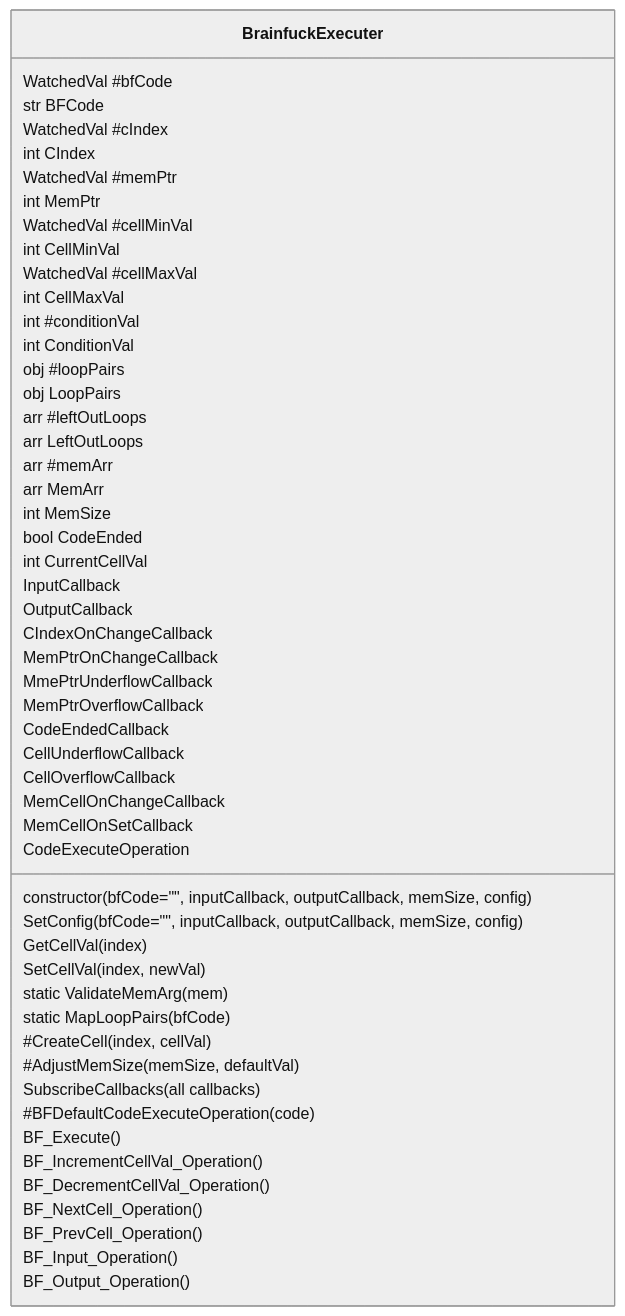
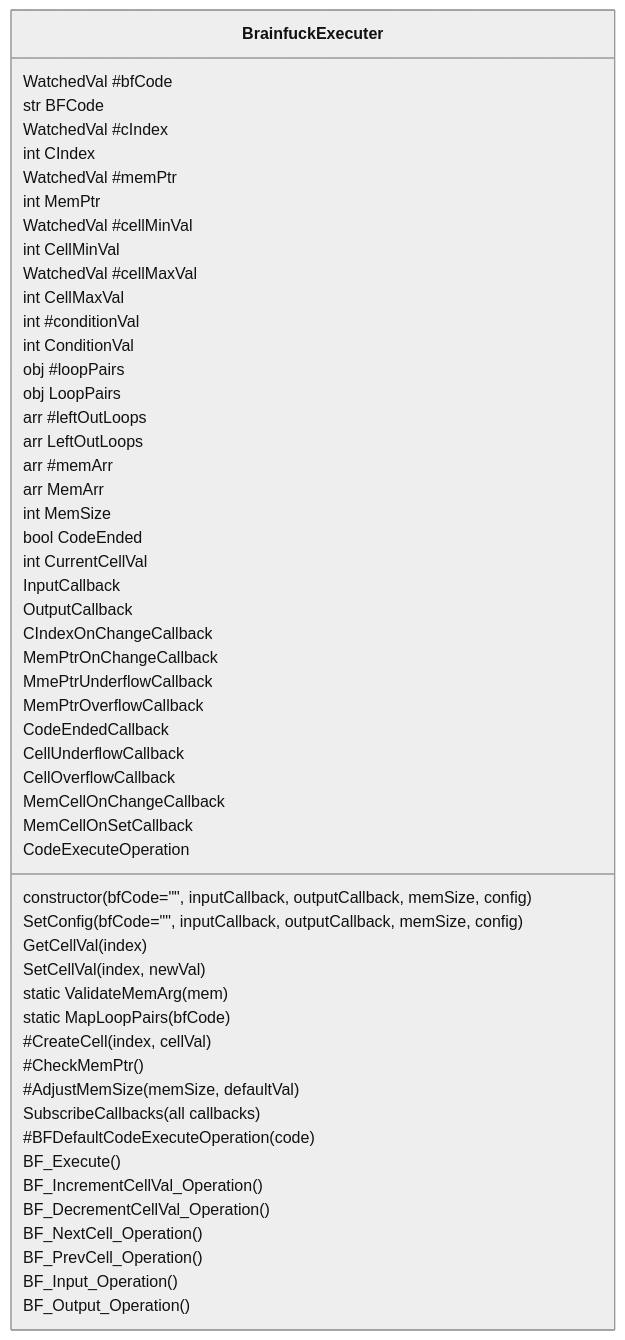
Before and after one commit to BCS21090011/BrainFucker: the first of 26 diagrams in src/Classes_Info/BrainfuckExecuter.md, drawn with Mermaid (neutral theme). The commit also changed other lines of this file and 1 other file, not shown here.

Commit message:
Separated and added MemPtr check.

````diff
--- a/src/Classes_Info/BrainfuckExecuter.md
+++ b/src/Classes_Info/BrainfuckExecuter.md
@@ -3,61 +3,62 @@
 ```mermaid
 classDiagram
 
 class BrainfuckExecuter {
     WatchedVal #bfCode
     str BFCode
     WatchedVal #cIndex
     int CIndex
     WatchedVal #memPtr
     int MemPtr
     WatchedVal #cellMinVal
     int CellMinVal
     WatchedVal #cellMaxVal
     int CellMaxVal
 
     int #conditionVal
     int ConditionVal
     obj #loopPairs
     obj LoopPairs
     arr #leftOutLoops
     arr LeftOutLoops
     arr #memArr
     arr MemArr
 
     int MemSize
     bool CodeEnded
     int CurrentCellVal
 
     InputCallback
     OutputCallback
     CIndexOnChangeCallback
     MemPtrOnChangeCallback
     MmePtrUnderflowCallback
     MemPtrOverflowCallback
     CodeEndedCallback
     CellUnderflowCallback
     CellOverflowCallback
     MemCellOnChangeCallback
     MemCellOnSetCallback
     CodeExecuteOperation
 
     constructor(bfCode="", inputCallback, outputCallback, memSize, config)
     SetConfig(bfCode="", inputCallback, outputCallback, memSize, config)
     GetCellVal(index)
     SetCellVal(index, newVal)
     static ValidateMemArg(mem)
     static MapLoopPairs(bfCode)
     #CreateCell(index, cellVal)
+    #CheckMemPtr()
     #AdjustMemSize(memSize, defaultVal)
     SubscribeCallbacks(all callbacks)
 
     #BFDefaultCodeExecuteOperation(code)
     BF_Execute()
     BF_IncrementCellVal_Operation()
     BF_DecrementCellVal_Operation()
     BF_NextCell_Operation()
     BF_PrevCell_Operation()
     BF_Input_Operation()
     BF_Output_Operation()
 }
 ```
````
